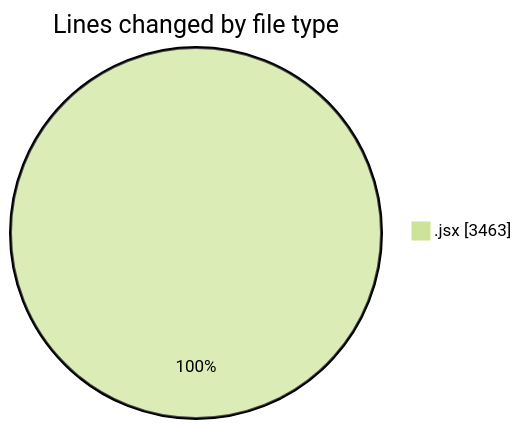
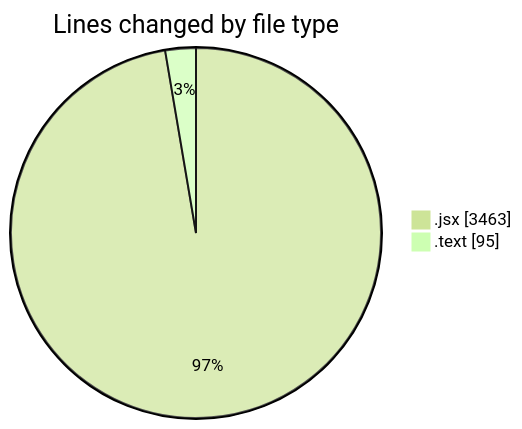
One commit to nxtqubesakshisongat/code-tracking changed the first of 2 diagrams in 2025-05-10/argos-dev/README.md. Above: the diagram before and after it, drawn with Mermaid (forest theme). The commit also changed other lines of this file and 1 other file, not shown here.

````diff
--- a/2025-05-10/argos-dev/README.md
+++ b/2025-05-10/argos-dev/README.md
@@ -22,5 +23,6 @@
 ```mermaid
 pie showData
 title Lines changed by file type
 ".jsx" : 3463
+".text" : 95
 ```
````
